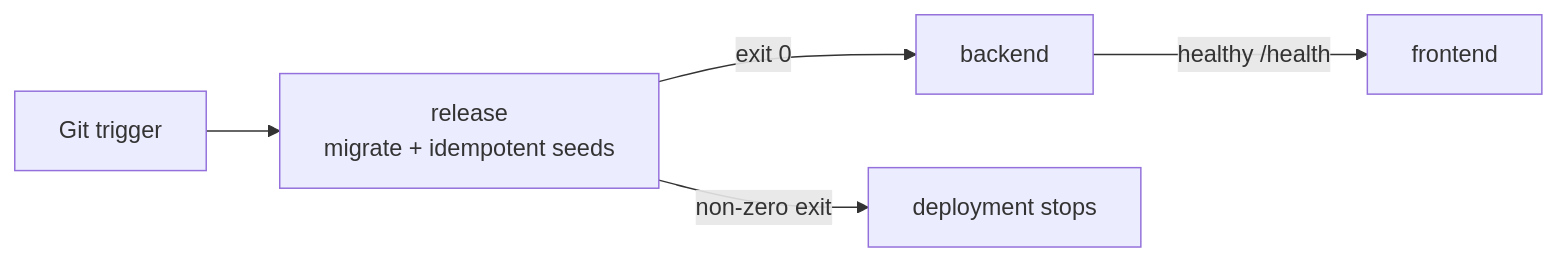
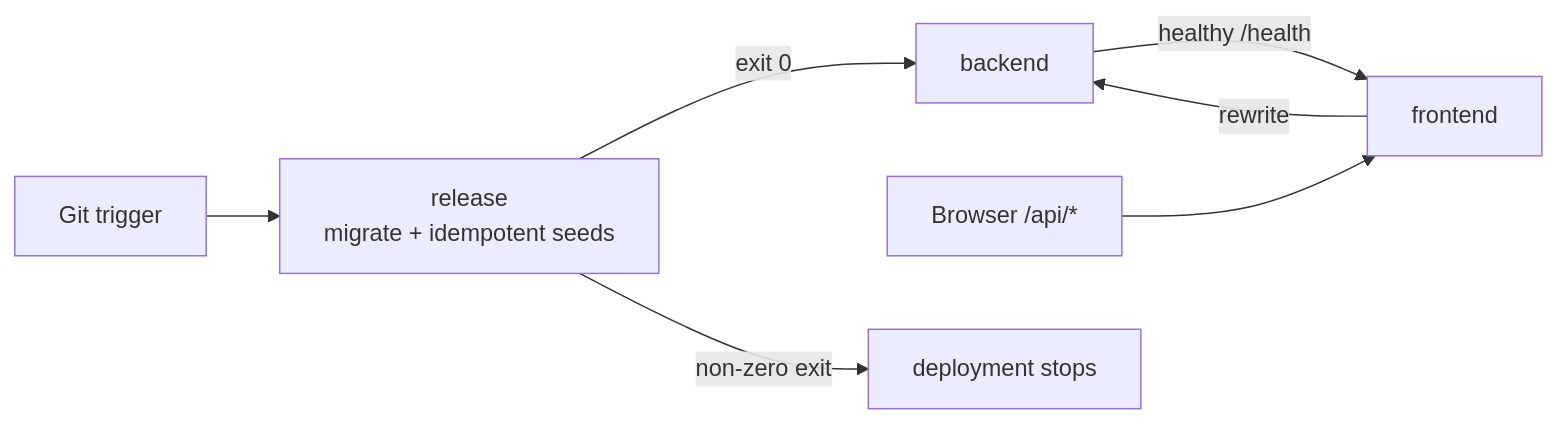
One commit to Shagon1k/TailorTales changed the diagram in _docs/guides/deployment.md. Above: the diagram before and after it, drawn with Mermaid. The commit also changed other lines of this file and 16 other files, not shown here.

````diff
--- a/_docs/guides/deployment.md
+++ b/_docs/guides/deployment.md
@@ -13,7 +13,9 @@
 ```mermaid
 flowchart LR
   T["Git trigger"] --> R["release<br/>migrate + idempotent seeds"]
   R -->|"exit 0"| B["backend"]
   B -->|"healthy /health"| F["frontend"]
+  U["Browser /api/*"] --> F
+  F -->|"rewrite"| B
   R -->|"non-zero exit"| X["deployment stops"]
 ```
````
